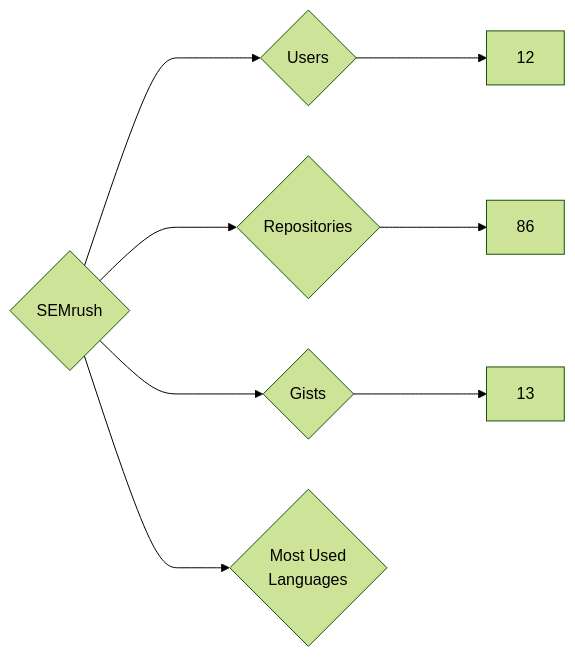
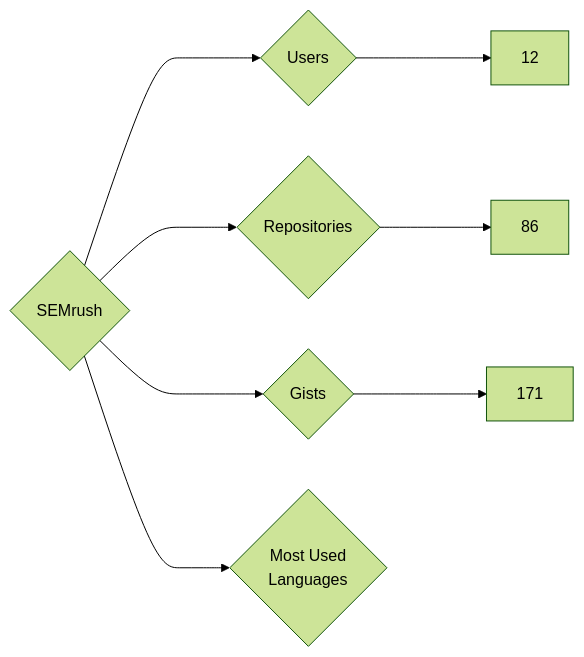
One commit to nenadzaric/insiders changed the diagram in targets/SEMrush/README.md. Above: the diagram before and after it, drawn with Mermaid (forest theme). The commit also changed 1342 other files, not shown here.

````diff
--- a/targets/SEMrush/README.md
+++ b/targets/SEMrush/README.md
@@ -3,8 +3,8 @@
 ```mermaid
 graph LR
 COMPANY_NAME{SEMrush}
 COMPANY_NAME ---> U{Users} ---> UN[12]
 COMPANY_NAME ---> R{Repositories} ---> RN[86]
-COMPANY_NAME ---> G{Gists} ---> GN[13]
+COMPANY_NAME ---> G{Gists} ---> GN[171]
 COMPANY_NAME ---> ML{Most Used<br>Languages}
 ```
````
